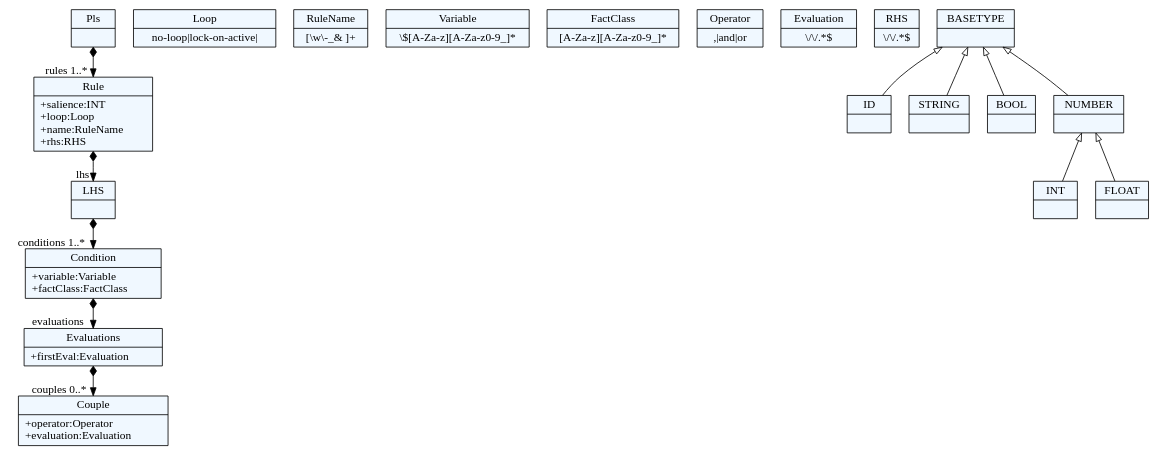
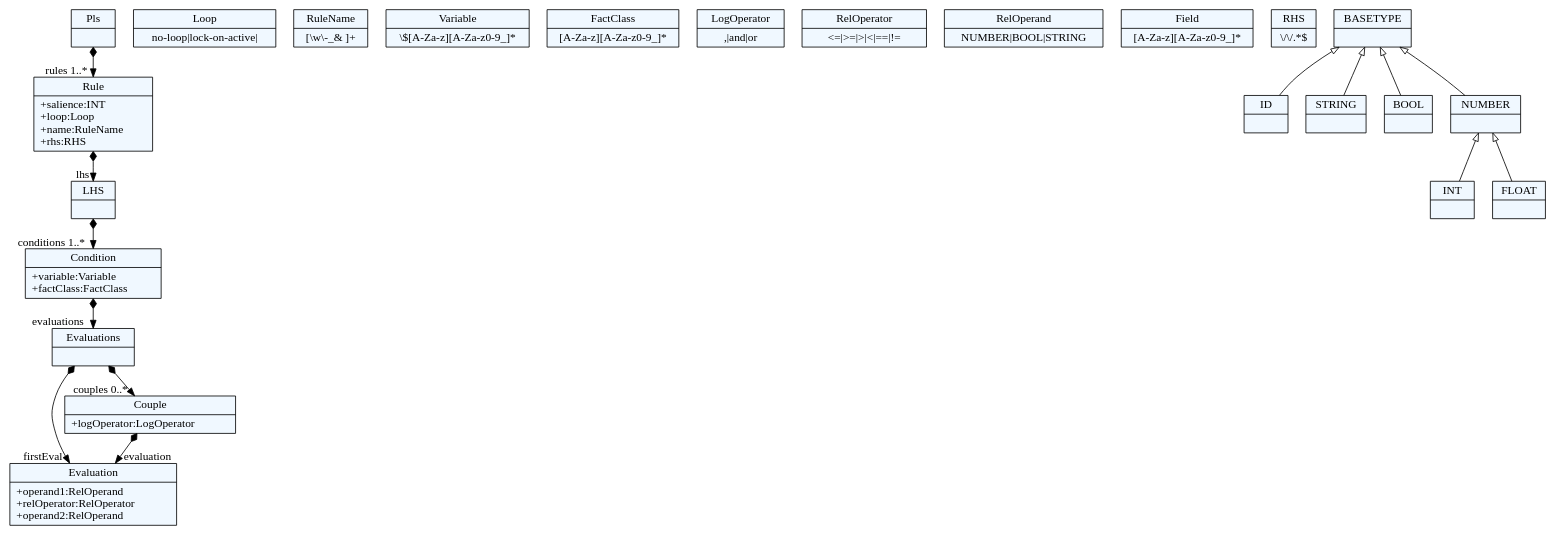
One commit to nenadTod/Pools changed the diagram in pools.tx.dot. Above: the diagram before and after it, drawn with Graphviz. The commit also changed 4 other files, not shown here.

```diff
--- a/pools.tx.dot
+++ b/pools.tx.dot
@@ -1,66 +1,74 @@
 
     digraph xtext {
     fontname = "Bitstream Vera Sans"
     fontsize = 8
     node[
         shape=record,
         style=filled,
         fillcolor=aliceblue
     ]
     nodesep = 0.3
     edge[dir=black,arrowtail=empty]
 
 
-2247021805880 -> 2247021801160[arrowtail=diamond, dir=both, headlabel="rules 1..*"]
-2247021805880[ label="{Pls|}"]
+2578247178648 -> 2578247192808[arrowtail=diamond, dir=both, headlabel="rules 1..*"]
+2578247178648[ label="{Pls|}"]
 
-2247021801160 -> 2247021809656[arrowtail=diamond, dir=both, headlabel="lhs "]
-2247021801160[ label="{Rule|+salience:INT\l+loop:Loop\l+name:RuleName\l+rhs:RHS\l}"]
+2578247192808 -> 2578247175816[arrowtail=diamond, dir=both, headlabel="lhs "]
+2578247192808[ label="{Rule|+salience:INT\l+loop:Loop\l+name:RuleName\l+rhs:RHS\l}"]
 
-2247021807768[ label="{Loop|no-loop\|lock-on-active\|}"]
+2578247196584[ label="{Loop|no-loop\|lock-on-active\|}"]
 
-2247021808712[ label="{RuleName|[\\w\\-_& ]+}"]
+2578247185256[ label="{RuleName|[\\w\\-_& ]+}"]
 
-2247021809656 -> 2247021781336[arrowtail=diamond, dir=both, headlabel="conditions 1..*"]
-2247021809656[ label="{LHS|}"]
+2578247175816 -> 2578247170152[arrowtail=diamond, dir=both, headlabel="conditions 1..*"]
+2578247175816[ label="{LHS|}"]
 
-2247021781336 -> 2247021811544[arrowtail=diamond, dir=both, headlabel="evaluations "]
-2247021781336[ label="{Condition|+variable:Variable\l+factClass:FactClass\l}"]
+2578247170152 -> 2578247190920[arrowtail=diamond, dir=both, headlabel="evaluations "]
+2578247170152[ label="{Condition|+variable:Variable\l+factClass:FactClass\l}"]
 
-2247021790776[ label="{Variable|\\$[A-Za-z][A-Za-z0-9_]*}"]
+2578247182424[ label="{Variable|\\$[A-Za-z][A-Za-z0-9_]*}"]
 
-2247021810600[ label="{FactClass|[A-Za-z][A-Za-z0-9_]*}"]
+2578247172040[ label="{FactClass|[A-Za-z][A-Za-z0-9_]*}"]
 
-2247021811544 -> 2247021813432[arrowtail=diamond, dir=both, headlabel="couples 0..*"]
-2247021811544[ label="{Evaluations|+firstEval:Evaluation\l}"]
+2578247190920 -> 2578247173928[arrowtail=diamond, dir=both, headlabel="firstEval "]
+2578247190920 -> 2578247174872[arrowtail=diamond, dir=both, headlabel="couples 0..*"]
+2578247190920[ label="{Evaluations|}"]
 
-2247021813432[ label="{Couple|+operator:Operator\l+evaluation:Evaluation\l}"]
+2578247174872 -> 2578247173928[arrowtail=diamond, dir=both, headlabel="evaluation "]
+2578247174872[ label="{Couple|+logOperator:LogOperator\l}"]
 
-2247021782280[ label="{Operator|,\|and\|or}"]
+2578247197528[ label="{LogOperator|,\|and\|or}"]
 
-2247021787000[ label="{Evaluation|\\/\\/.*$}"]
+2578247173928[ label="{Evaluation|+operand1:RelOperand\l+relOperator:RelOperator\l+operand2:RelOperand\l}"]
 
-2247021814376[ label="{RHS|\\/\\/.*$}"]
+2578247169208[ label="{RelOperator|\<=\|\>=\|\>\|\<\|==\|!=}"]
 
-2247021800216[ label="{ID|}"]
+2578247188088[ label="{RelOperand|NUMBER\|BOOL\|STRING}"]
 
-2247021802104[ label="{STRING|}"]
+2578247191864[ label="{Field|[A-Za-z][A-Za-z0-9_]*}"]
 
-2247021793608[ label="{BOOL|}"]
+2578247193752[ label="{RHS|\\/\\/.*$}"]
 
-2247021791720[ label="{INT|}"]
+2578247077144[ label="{ID|}"]
 
-2247021783224[ label="{FLOAT|}"]
+2578247172984[ label="{STRING|}"]
 
-2247021803992[ label="{NUMBER|}"]
-2247021803992 -> 2247021783224 [dir=back]
-2247021803992 -> 2247021791720 [dir=back]
+2578247176760[ label="{BOOL|}"]
 
-2247021789832[ label="{BASETYPE|}"]
-2247021789832 -> 2247021803992 [dir=back]
-2247021789832 -> 2247021793608 [dir=back]
-2247021789832 -> 2247021800216 [dir=back]
-2247021789832 -> 2247021802104 [dir=back]
+2578247180536[ label="{INT|}"]
+
+2578247179592[ label="{FLOAT|}"]
+
+2578247181480[ label="{NUMBER|}"]
+2578247181480 -> 2578247179592 [dir=back]
+2578247181480 -> 2578247180536 [dir=back]
+
+2578247177704[ label="{BASETYPE|}"]
+2578247177704 -> 2578247181480 [dir=back]
+2578247177704 -> 2578247176760 [dir=back]
+2578247177704 -> 2578247077144 [dir=back]
+2578247177704 -> 2578247172984 [dir=back]
 
 
 }
```
